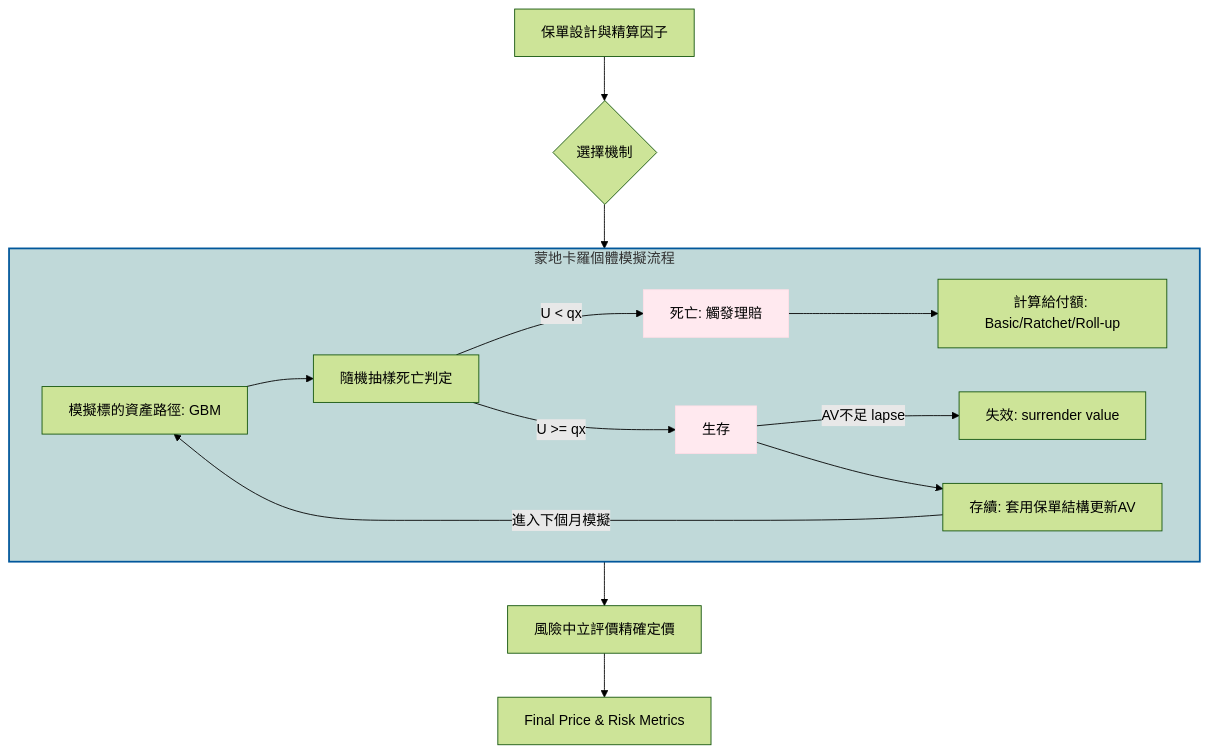
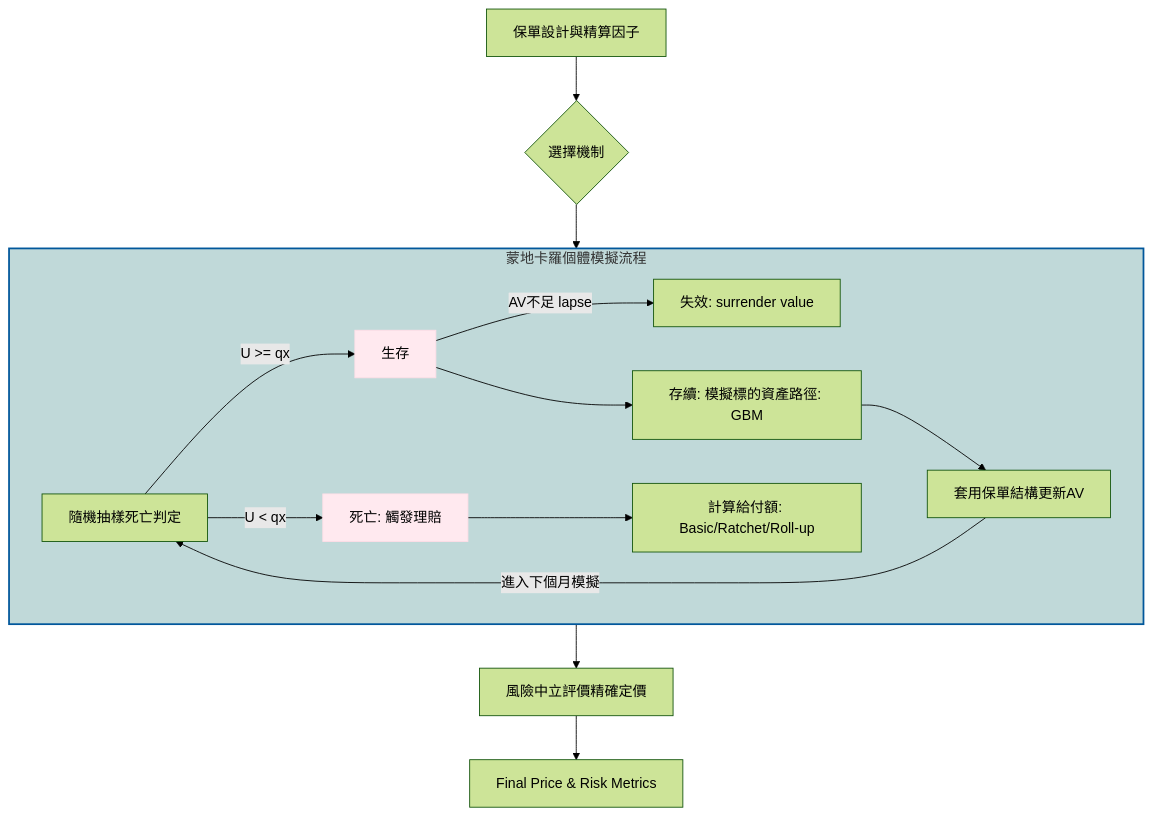
Before and after one commit to Kai-Yun-Chang/--Simulation-Python: the first of 2 diagrams in README.md, drawn with Mermaid (forest theme).

````diff
--- a/README.md
+++ b/README.md
@@ -26,24 +26,24 @@
 ```mermaid
 graph TD
     %% 主流程
     Input[保單設計與精算因子] --> Mechanism{選擇機制}
     Mechanism --> Simulation[蒙地卡羅模擬流程]
     Simulation --> Risk-neutral[風險中立評價精確定價]
     Risk-neutral --> Result[Final Price & Risk Metrics]
 
     %% 蒙地卡羅詳細步驟 (子圖)
     subgraph Simulation [蒙地卡羅個體模擬流程]
-        S1[模擬標的資產路徑: GBM] --> S2[隨機抽樣死亡判定]
-        S2 -->|U < qx| Dead[死亡: 觸發理賠]
-        S2 -->|U >= qx| Alive[生存]
+        S1[隨機抽樣死亡判定] -->|U < qx| Dead[死亡: 觸發理賠]
+        S1 -->|U >= qx| Alive[生存]
         Alive --> |AV不足 lapse| Lapse[失效: surrender value]
-        Alive --> S4[存續: 套用保單結構更新AV]
-        Dead --> S3[計算給付額: Basic/Ratchet/Roll-up]
+        Alive --> S2[存續: 模擬標的資產路徑: GBM]
+        S2 --> S3[套用保單結構更新AV]
+        Dead --> DB[計算給付額: Basic/Ratchet/Roll-up]
         
-        S4 -->|進入下個月模擬| S1
+        S3 -->|進入下個月模擬| S1
     end
 
     style Dead fill:#ffe9ef,stroke:#ffdee7
     style Alive fill:#ffe9ef,stroke:#ffdee7
     style Simulation fill:#c0d9d9,stroke:#01579b,stroke-width:2px
 ```
````
